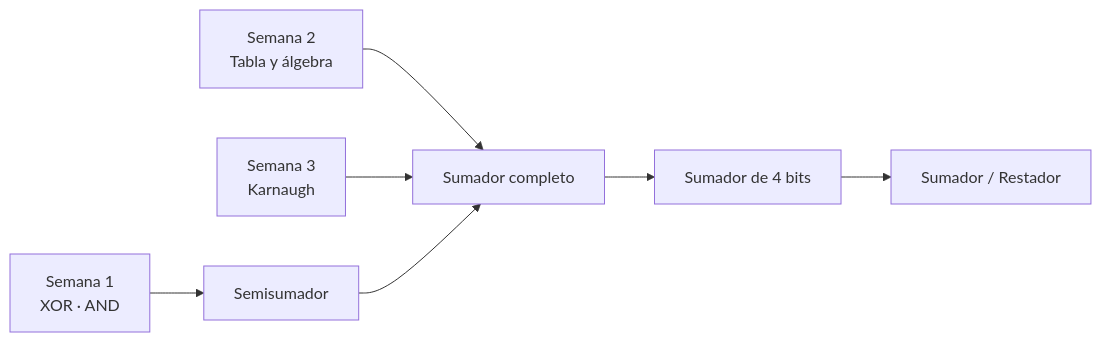
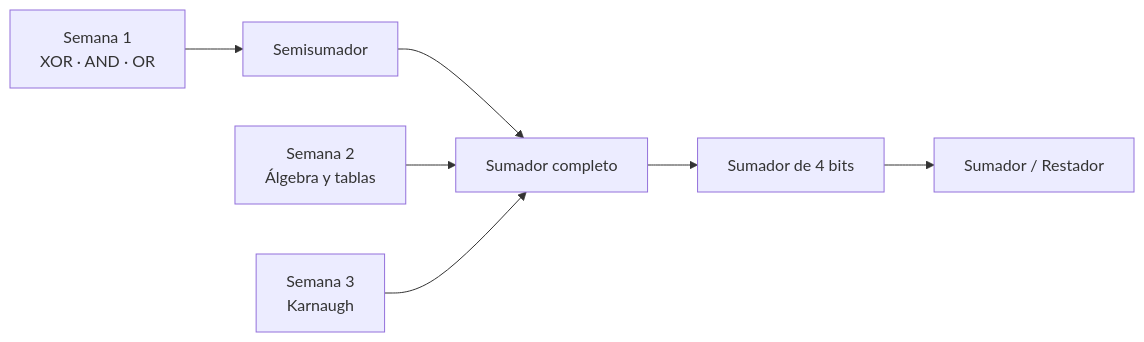
The fifth of 6 diagrams in semana-4/README.md (roblezsdier02-alt/cuaderno-sintesis-unidad1), drawn with Mermaid before and after one commit. The commit also changed other lines of this file, not shown here.

````diff
--- a/semana-4/README.md
+++ b/semana-4/README.md
@@ -799,9 +1034,19 @@
 ```mermaid
 flowchart LR
-    S1["Semana 1<br/>XOR · AND"] --> HA["Semisumador"]
-    S2["Semana 2<br/>Tabla y álgebra"] --> FA["Sumador completo"]
-    S3["Semana 3<br/>Karnaugh"] --> FA
-    HA --> FA
+
+    S1["Semana 1<br/>XOR · AND · OR"]
+    S2["Semana 2<br/>Álgebra y tablas"]
+    S3["Semana 3<br/>Karnaugh"]
+
+    S1 --> HA["Semisumador"]
+
+    HA --> FA["Sumador completo"]
+
+    S2 --> FA
+
+    S3 --> FA
+
     FA --> ADD["Sumador de 4 bits"]
+
     ADD --> SR["Sumador / Restador"]
 ```
````
